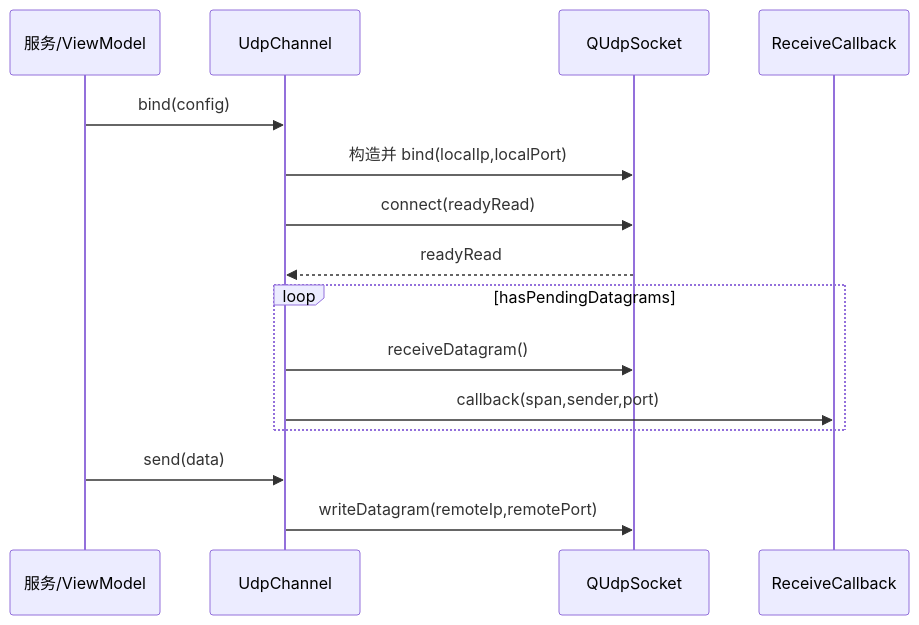
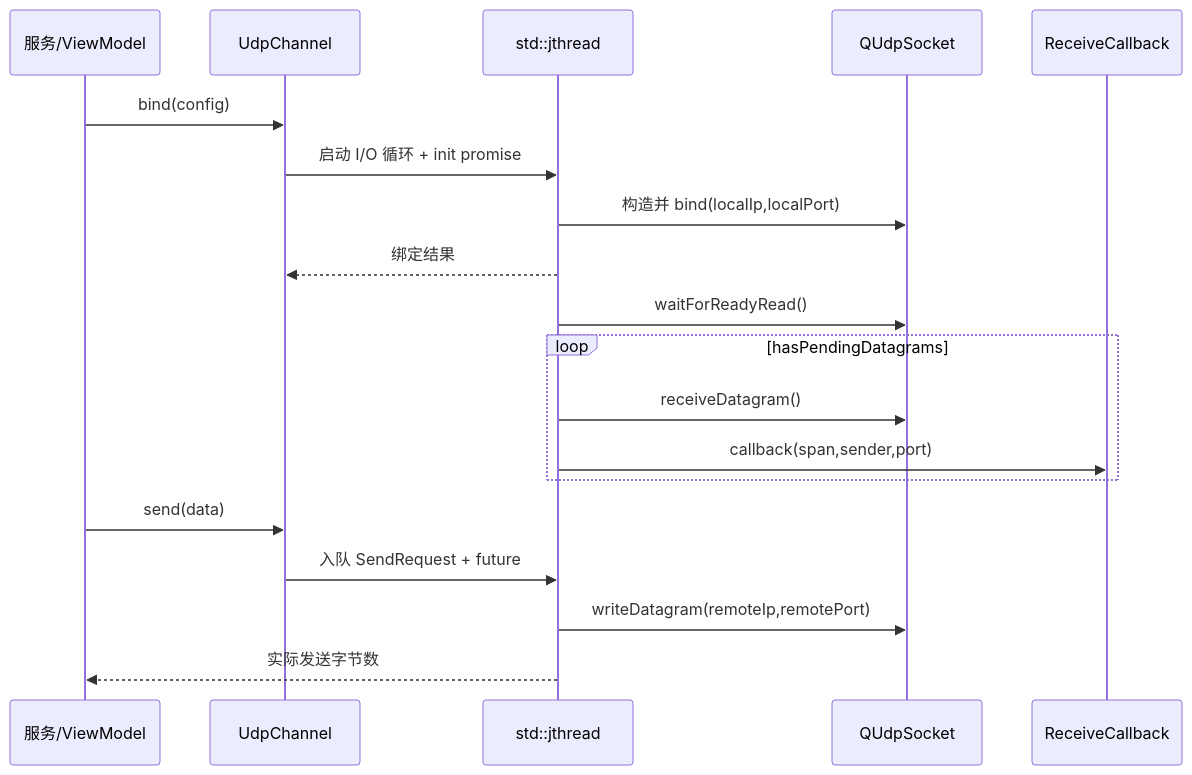
One commit to with-fair-wind/1mZGG changed the third of 6 diagrams in docs/module-network.md. Above: the diagram before and after it, drawn with Mermaid. The commit also changed other lines of this file and 61 other files, not shown here.

````diff
--- a/docs/module-network.md
+++ b/docs/module-network.md
@@ -195,18 +198,22 @@
 ```mermaid
 sequenceDiagram
     participant Caller as 服务/ViewModel
     participant Channel as UdpChannel
+    participant Worker as std::jthread
     participant Socket as QUdpSocket
     participant Callback as ReceiveCallback
 
     Caller->>Channel: bind(config)
-    Channel->>Socket: 构造并 bind(localIp,localPort)
-    Channel->>Socket: connect(readyRead)
-    Socket-->>Channel: readyRead
+    Channel->>Worker: 启动 I/O 循环 + init promise
+    Worker->>Socket: 构造并 bind(localIp,localPort)
+    Worker-->>Channel: 绑定结果
+    Worker->>Socket: waitForReadyRead()
     loop hasPendingDatagrams
-        Channel->>Socket: receiveDatagram()
-        Channel->>Callback: callback(span,sender,port)
+        Worker->>Socket: receiveDatagram()
+        Worker->>Callback: callback(span,sender,port)
     end
     Caller->>Channel: send(data)
-    Channel->>Socket: writeDatagram(remoteIp,remotePort)
+    Channel->>Worker: 入队 SendRequest + future
+    Worker->>Socket: writeDatagram(remoteIp,remotePort)
+    Worker-->>Caller: 实际发送字节数
 ```
````
